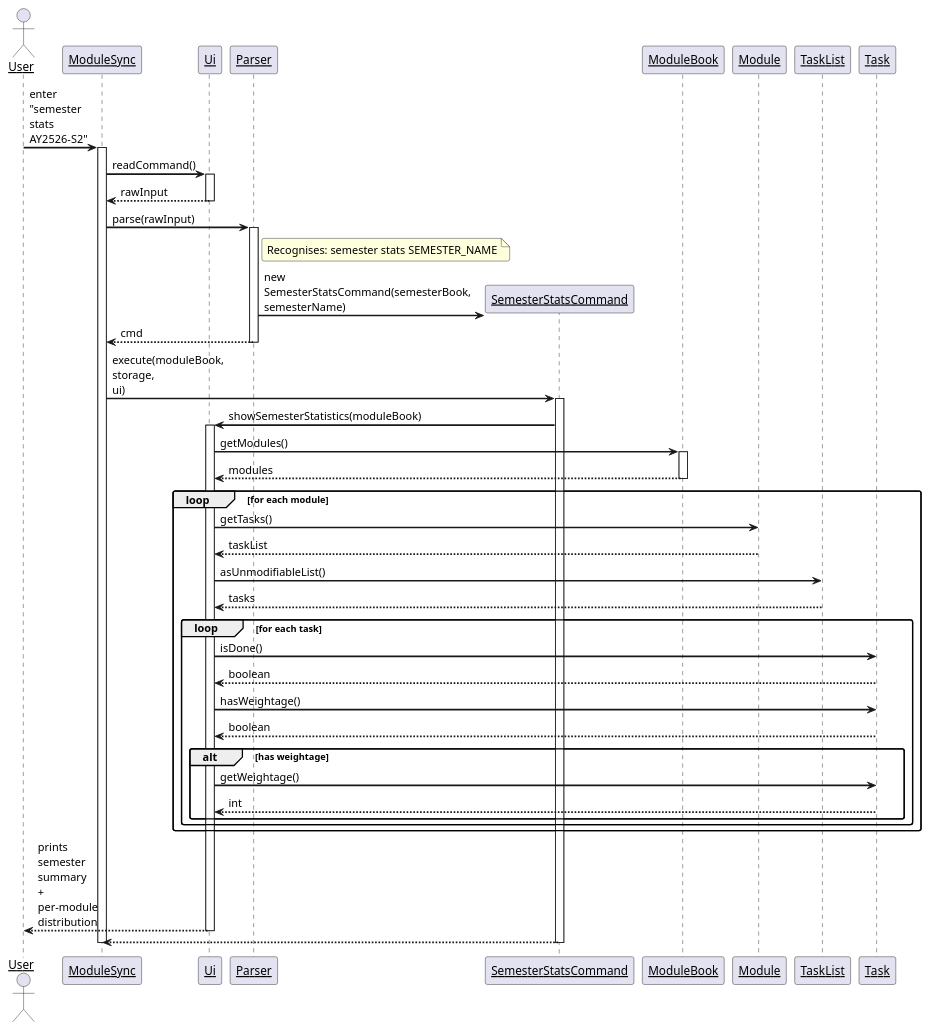
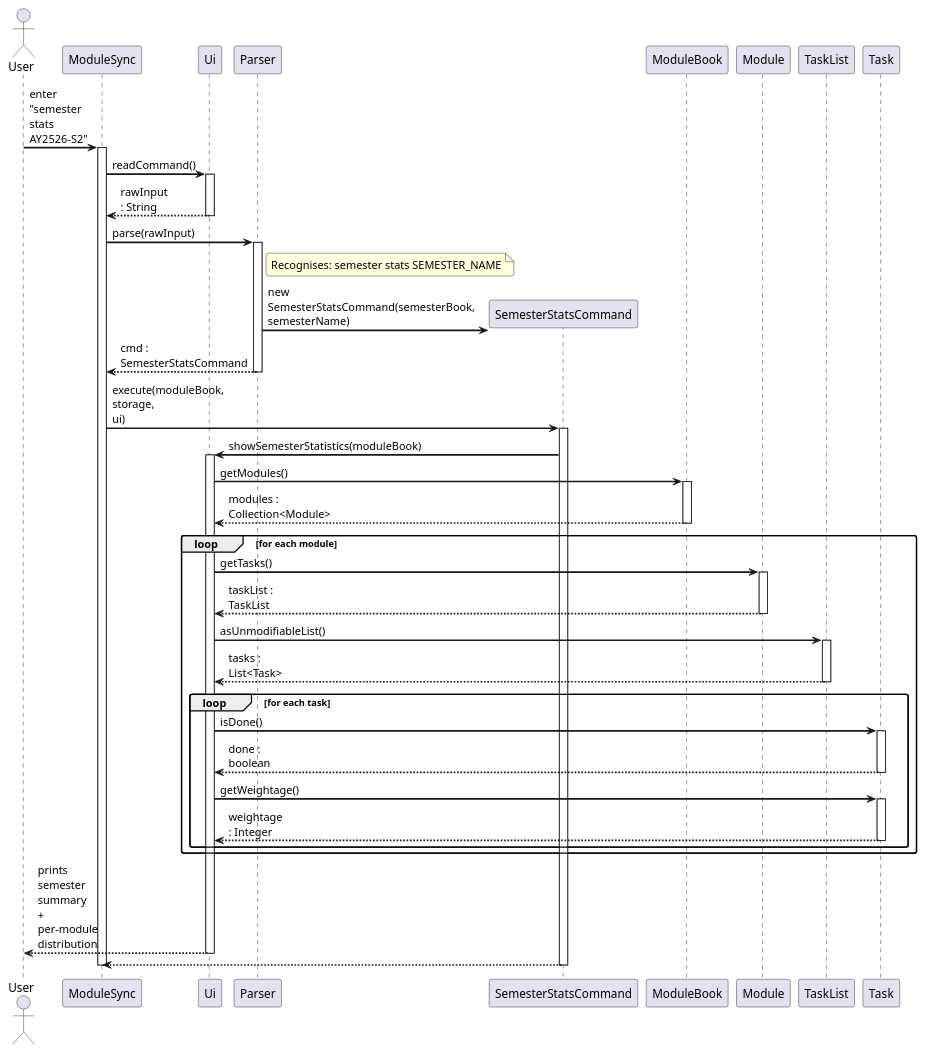
The diagram in docs/diagrams/SemesterStatsSequenceDiagram.puml (Notchennie1/tp), drawn with PlantUML before and after one commit. The commit also changed 1 other file, not shown here.

Commit message:
Fix Sequence Diagram to include activation bars and remove redundant hasWeightage() + getWeightage()

```diff
--- a/docs/diagrams/SemesterStatsSequenceDiagram.puml
+++ b/docs/diagrams/SemesterStatsSequenceDiagram.puml
@@ -1,75 +1,80 @@
 @startuml SemesterStatsSequenceDiagram
 
 skinparam sequenceArrowThickness 2
 skinparam roundcorner 5
 skinparam maxmessagesize 60
-skinparam sequenceParticipant underline
 
 Actor User as user
 Participant "ModuleSync" as app
 Participant "Ui" as ui
 Participant "Parser" as parser
 Participant "SemesterStatsCommand" as cmd
 Participant "ModuleBook" as moduleBook
 Participant "Module" as module
 Participant "TaskList" as taskList
 Participant "Task" as task
 
 user -> app : enter "semester stats AY2526-S2"
 activate app
 
 app -> ui : readCommand()
 activate ui
-ui --> app : rawInput
+ui --> app : rawInput : String
 deactivate ui
 
 app -> parser : parse(rawInput)
 activate parser
 
 note right of parser
   Recognises: semester stats SEMESTER_NAME
 end note
 
 create cmd
 parser -> cmd : new SemesterStatsCommand(semesterBook, semesterName)
-parser --> app : cmd
+parser --> app : cmd : SemesterStatsCommand
 deactivate parser
 
 app -> cmd : execute(moduleBook, storage, ui)
 activate cmd
 
 cmd -> ui : showSemesterStatistics(moduleBook)
 activate ui
 
 ui -> moduleBook : getModules()
 activate moduleBook
-moduleBook --> ui : modules
+moduleBook --> ui : modules : Collection<Module>
 deactivate moduleBook
 
 loop for each module
   ui -> module : getTasks()
-  module --> ui : taskList
+  activate module
+  module --> ui : taskList : TaskList
+  deactivate module
+
   ui -> taskList : asUnmodifiableList()
-  taskList --> ui : tasks
+  activate taskList
+  taskList --> ui : tasks : List<Task>
+  deactivate taskList
 
   loop for each task
     ui -> task : isDone()
-    task --> ui : boolean
-    ui -> task : hasWeightage()
-    task --> ui : boolean
-    alt has weightage
-      ui -> task : getWeightage()
-      task --> ui : int
-    end
+    activate task
+    task --> ui : done : boolean
+    deactivate task
+
+    ui -> task : getWeightage()
+    activate task
+    task --> ui : weightage : Integer
+    deactivate task
   end
 end
 
 ui --> user : prints semester summary + per-module distribution
 deactivate ui
 
 cmd --> app
 deactivate cmd
 
 deactivate app
 
 @enduml
```
